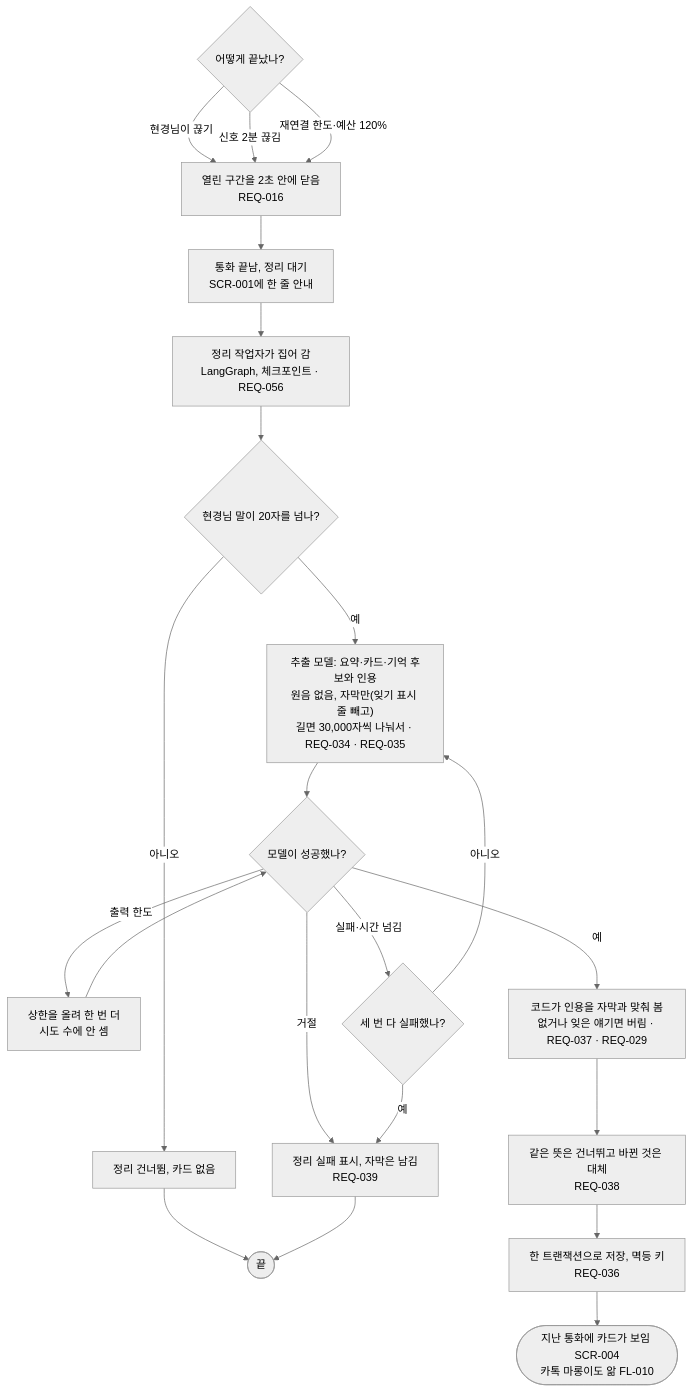
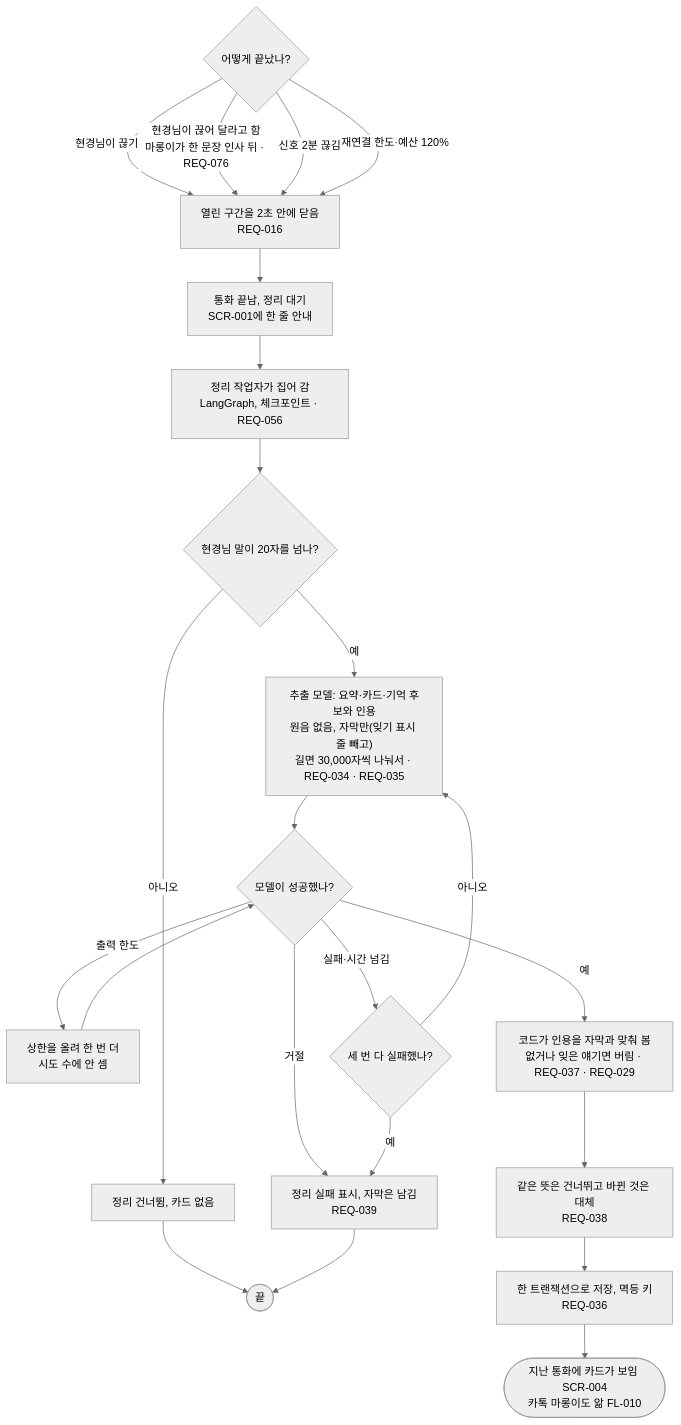
One commit to kodonghui/marong2 changed the diagram in docs/03-user-flow/FL-007-end-and-organize.md. Above: the diagram before and after it, drawn with Mermaid (neutral theme). The commit also changed other lines of this file and 23 other files, not shown here.

````diff
--- a/docs/03-user-flow/FL-007-end-and-organize.md
+++ b/docs/03-user-flow/FL-007-end-and-organize.md
@@ -8,21 +8,22 @@
 ```mermaid
 flowchart TD
   A{"어떻게 끝났나?"} -->|"현경님이 끊기"| B["열린 구간을 2초 안에 닫음<br/>REQ-016"]
+  A -->|"현경님이 끊어 달라고 함<br/>마롱이가 한 문장 인사 뒤 · REQ-076"| B
   A -->|"신호 2분 끊김"| B
   A -->|"재연결 한도·예산 120%"| B
   B --> C["통화 끝남, 정리 대기<br/>SCR-001에 한 줄 안내"]
   C --> D["정리 작업자가 집어 감<br/>LangGraph, 체크포인트 · REQ-056"]
   D --> E{"현경님 말이 20자를 넘나?"}
   E -->|아니오| E1["정리 건너뜀, 카드 없음"] --> Z(["끝"])
   E -->|예| F["추출 모델: 요약·카드·기억 후보와 인용<br/>원음 없음, 자막만(잊기 표시 줄 빼고)<br/>길면 30,000자씩 나눠서 · REQ-034 · REQ-035"]
   F --> G{"모델이 성공했나?"}
   G -->|"거절"| G2
   G -->|"출력 한도"| F2["상한을 올려 한 번 더<br/>시도 수에 안 셈"] --> G
   G -->|"실패·시간 넘김"| G1{"세 번 다 실패했나?"}
   G1 -->|예| G2["정리 실패 표시, 자막은 남김<br/>REQ-039"] --> Z
   G1 -->|아니오| F
   G -->|예| H["코드가 인용을 자막과 맞춰 봄<br/>없거나 잊은 얘기면 버림 · REQ-037 · REQ-029"]
   H --> I["같은 뜻은 건너뛰고 바뀐 것은 대체<br/>REQ-038"]
   I --> J["한 트랜잭션으로 저장, 멱등 키<br/>REQ-036"]
   J --> K(["지난 통화에 카드가 보임 SCR-004<br/>카톡 마롱이도 앎 FL-010"])
 ```
````
